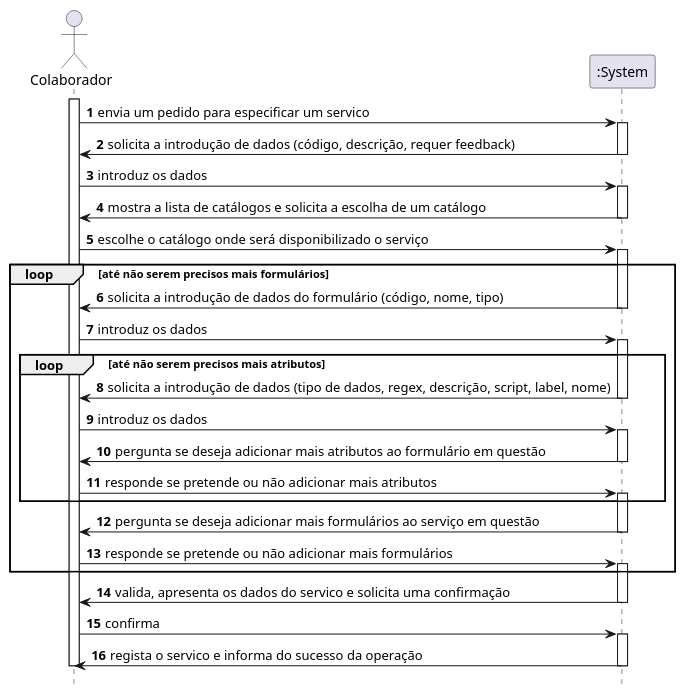
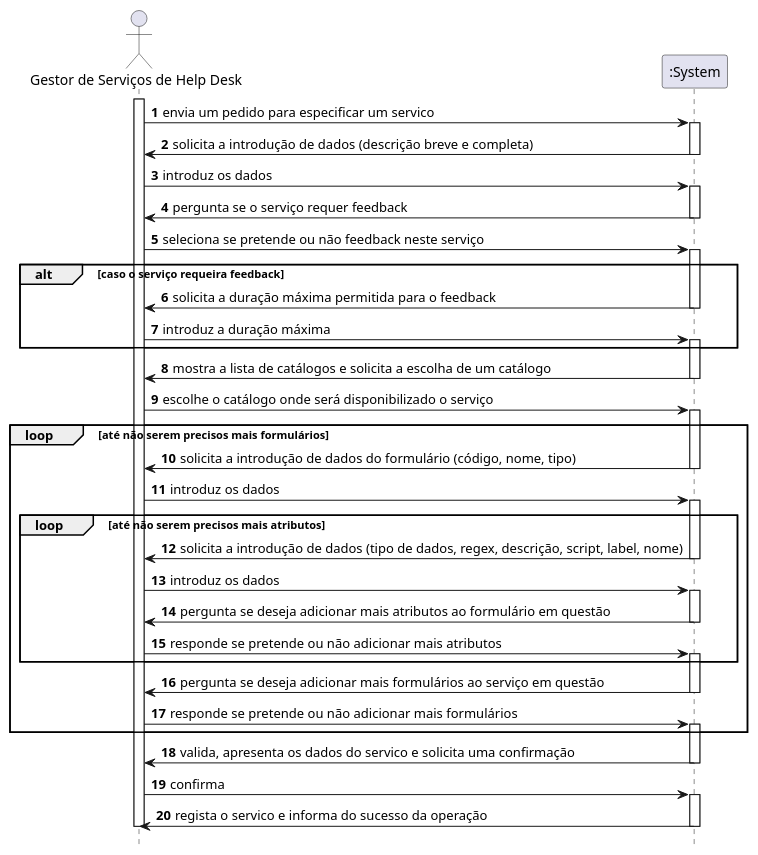
One commit to tiagoavcosta25/LAPR4 changed the diagram in doc/engenharia/SprintB/1190967/US-1-2002_EspecificarServico/US-1-2002_SSD.puml. Above: the diagram before and after it, drawn with PlantUML. The commit also changed 2 other files, not shown here.

```diff
--- a/doc/engenharia/SprintB/1190967/US-1-2002_EspecificarServico/US-1-2002_SSD.puml
+++ b/doc/engenharia/SprintB/1190967/US-1-2002_EspecificarServico/US-1-2002_SSD.puml
@@ -1,62 +1,76 @@
 @startuml
 autonumber
 hide footbox
 
-actor "Colaborador" as CL
+actor "Gestor de Serviços de Help Desk" as GSH
 participant ":System" as SYST
 
-activate CL
+activate GSH
 
-CL -> SYST : envia um pedido para especificar um servico
+GSH -> SYST : envia um pedido para especificar um servico
 activate SYST
-SYST -> CL : solicita a introdução de dados (código, descrição, requer feedback)
+SYST -> GSH : solicita a introdução de dados (descrição breve e completa)
 deactivate SYST
 
-CL -> SYST : introduz os dados
+GSH -> SYST : introduz os dados
+activate SYST
+SYST -> GSH : pergunta se o serviço requer feedback
+deactivate SYST
+
+GSH -> SYST : seleciona se pretende ou não feedback neste serviço
 activate SYST
 
-SYST -> CL : mostra a lista de catálogos e solicita a escolha de um catálogo
+alt caso o serviço requeira feedback
+
+SYST -> GSH : solicita a duração máxima permitida para o feedback
 deactivate SYST
 
-CL -> SYST : escolhe o catálogo onde será disponibilizado o serviço
+GSH -> SYST : introduz a duração máxima
+activate SYST
+end
+
+SYST -> GSH : mostra a lista de catálogos e solicita a escolha de um catálogo
+deactivate SYST
+
+GSH -> SYST : escolhe o catálogo onde será disponibilizado o serviço
 activate SYST
 
 loop até não serem precisos mais formulários
-SYST -> CL : solicita a introdução de dados do formulário (código, nome, tipo)
+SYST -> GSH : solicita a introdução de dados do formulário (código, nome, tipo)
 deactivate SYST
 
-CL -> SYST : introduz os dados
+GSH -> SYST : introduz os dados
 activate SYST
 
 loop até não serem precisos mais atributos
-SYST -> CL : solicita a introdução de dados (tipo de dados, regex, descrição, script, label, nome)
+SYST -> GSH : solicita a introdução de dados (tipo de dados, regex, descrição, script, label, nome)
 deactivate SYST
 
-CL -> SYST : introduz os dados
+GSH -> SYST : introduz os dados
 activate SYST
 
-SYST -> CL : pergunta se deseja adicionar mais atributos ao formulário em questão
+SYST -> GSH : pergunta se deseja adicionar mais atributos ao formulário em questão
 deactivate SYST
 
-CL -> SYST : responde se pretende ou não adicionar mais atributos
+GSH -> SYST : responde se pretende ou não adicionar mais atributos
 activate SYST
 end
 
-SYST -> CL : pergunta se deseja adicionar mais formulários ao serviço em questão
+SYST -> GSH : pergunta se deseja adicionar mais formulários ao serviço em questão
 deactivate SYST
 
-CL -> SYST : responde se pretende ou não adicionar mais formulários
+GSH -> SYST : responde se pretende ou não adicionar mais formulários
 activate SYST
 end
 
-SYST -> CL : valida, apresenta os dados do servico e solicita uma confirmação
+SYST -> GSH : valida, apresenta os dados do servico e solicita uma confirmação
 deactivate SYST
 
-CL -> SYST : confirma
+GSH -> SYST : confirma
 activate SYST
-SYST -> CL : regista o servico e informa do sucesso da operação
+SYST -> GSH : regista o servico e informa do sucesso da operação
 deactivate SYST
 
-deactivate CL
+deactivate GSH
 
 @enduml
```
